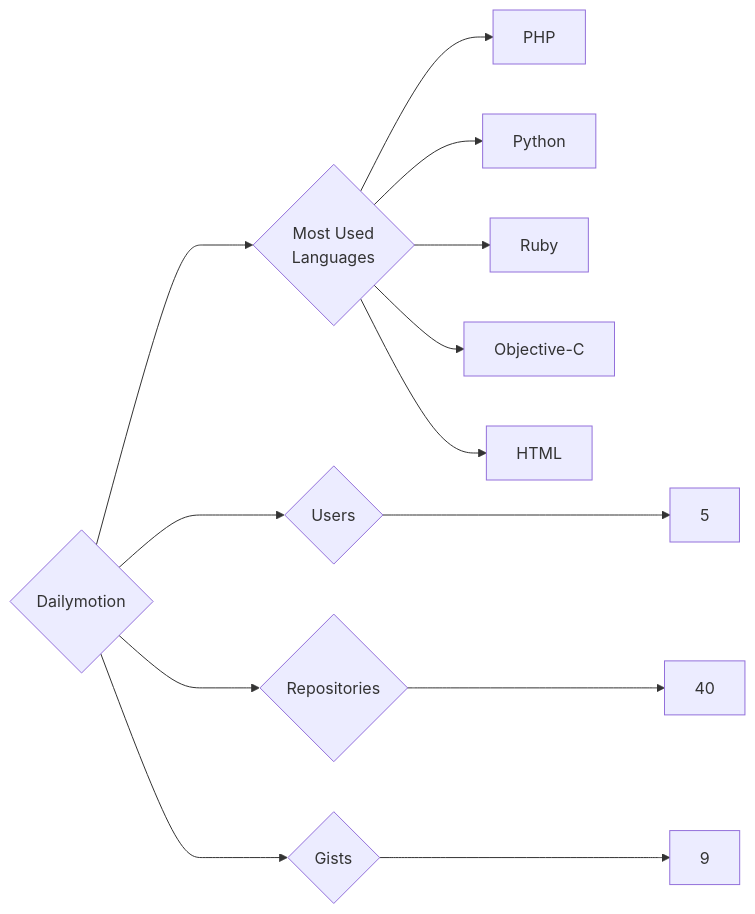
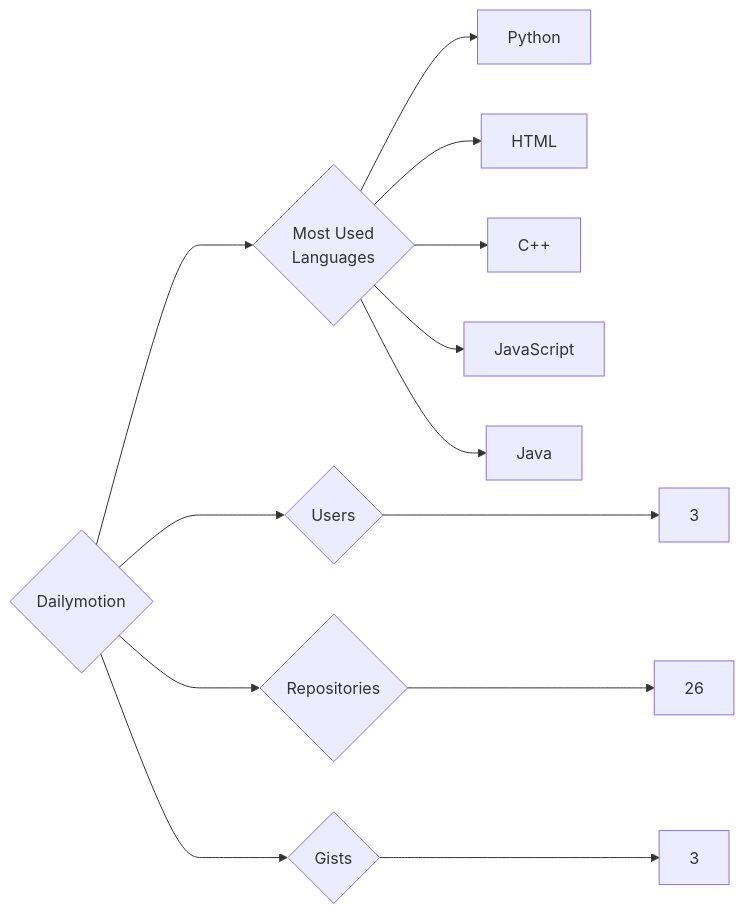
The diagram in targets/Dailymotion/README.md (trickest/insiders), drawn with Mermaid before and after one commit. The commit also changed 815 other files, not shown here.

````diff
--- a/targets/Dailymotion/README.md
+++ b/targets/Dailymotion/README.md
@@ -3,13 +3,13 @@
 ```mermaid
 graph LR
 COMPANY_NAME{Dailymotion}
-COMPANY_NAME ---> U{Users} ---> UN[5]
-COMPANY_NAME ---> R{Repositories} ---> RN[40]
-COMPANY_NAME ---> G{Gists} ---> GN[9]
+COMPANY_NAME ---> U{Users} ---> UN[3]
+COMPANY_NAME ---> R{Repositories} ---> RN[26]
+COMPANY_NAME ---> G{Gists} ---> GN[3]
 COMPANY_NAME ---> ML{Most Used<br>Languages}
-ML --> PHP[PHP]
 ML --> Python[Python]
-ML --> Ruby[Ruby]
-ML --> Objective-C[Objective-C]
 ML --> HTML[HTML]
+ML --> C++[C++]
+ML --> JavaScript[JavaScript]
+ML --> Java[Java]
 ```
````
